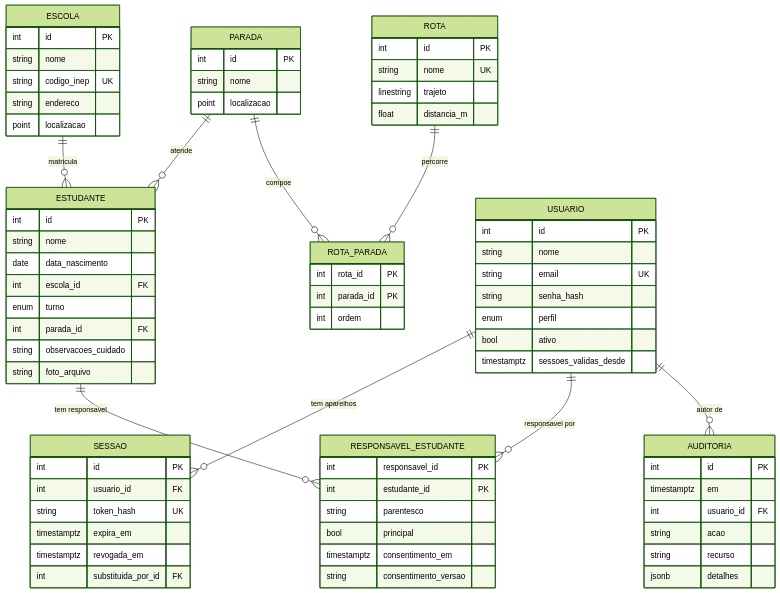
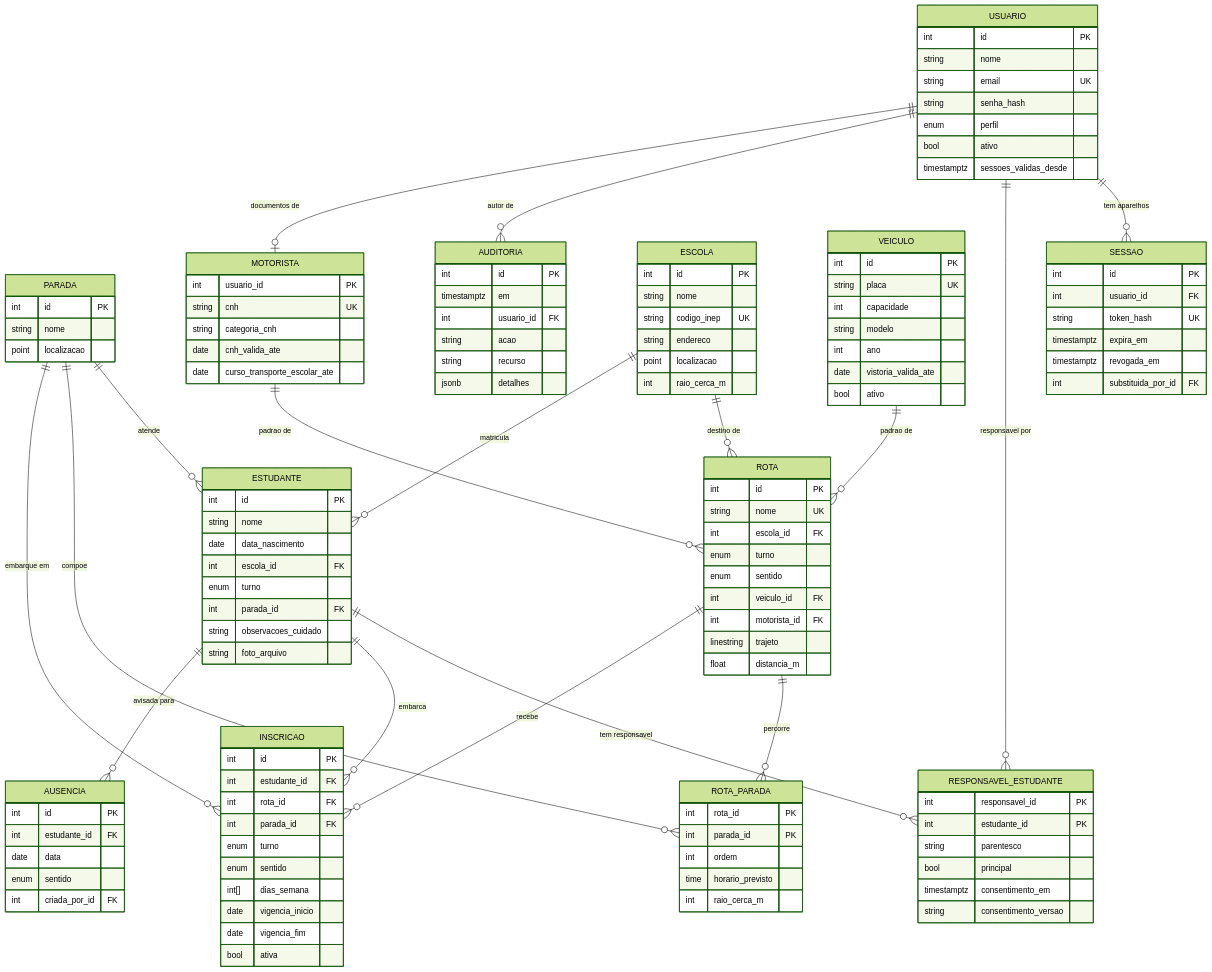
Before and after one commit to noirelab/educamobile: the diagram in docs/modelo-er.md, drawn with Mermaid (forest theme). The commit also changed other lines of this file and 23 other files, not shown here.

First line of the commit message:
feat(backend): veículos, motoristas, rotas com escola e sentido, inscrições e ausências

```diff
--- a/docs/modelo-er.md
+++ b/docs/modelo-er.md
@@ -11,12 +11,21 @@
     USUARIO ||--o{ RESPONSAVEL_ESTUDANTE : "responsavel por"
     ESTUDANTE ||--o{ RESPONSAVEL_ESTUDANTE : "tem responsavel"
     USUARIO ||--o{ AUDITORIA : "autor de"
+    ESCOLA ||--o{ ROTA : "destino de"
+    VEICULO ||--o{ ROTA : "padrao de"
+    USUARIO ||--o| MOTORISTA : "documentos de"
+    MOTORISTA ||--o{ ROTA : "padrao de"
+    ROTA ||--o{ INSCRICAO : recebe
+    ESTUDANTE ||--o{ INSCRICAO : embarca
+    PARADA ||--o{ INSCRICAO : "embarque em"
+    ESTUDANTE ||--o{ AUSENCIA : "avisada para"
 
     ESCOLA { int id PK
         string nome
         string codigo_inep UK
         string endereco
-        point localizacao }
+        point localizacao
+        int raio_cerca_m }
     ESCOLA ||--o{ ESTUDANTE : matricula
     ESTUDANTE { int id PK
         string nome
@@ -31,11 +40,45 @@
         point localizacao }
     ROTA { int id PK
         string nome UK
+        int escola_id FK
+        enum turno
+        enum sentido
+        int veiculo_id FK
+        int motorista_id FK
         linestring trajeto
         float distancia_m }
     ROTA_PARADA { int rota_id PK
         int parada_id PK
-        int ordem }
+        int ordem
+        time horario_previsto
+        int raio_cerca_m }
+    VEICULO { int id PK
+        string placa UK
+        int capacidade
+        string modelo
+        int ano
+        date vistoria_valida_ate
+        bool ativo }
+    MOTORISTA { int usuario_id PK
+        string cnh UK
+        string categoria_cnh
+        date cnh_valida_ate
+        date curso_transporte_escolar_ate }
+    INSCRICAO { int id PK
+        int estudante_id FK
+        int rota_id FK
+        int parada_id FK
+        enum turno
+        enum sentido
+        int[] dias_semana
+        date vigencia_inicio
+        date vigencia_fim
+        bool ativa }
+    AUSENCIA { int id PK
+        int estudante_id FK
+        date data
+        enum sentido
+        int criada_por_id FK }
     USUARIO { int id PK
         string nome
         string email UK
```
